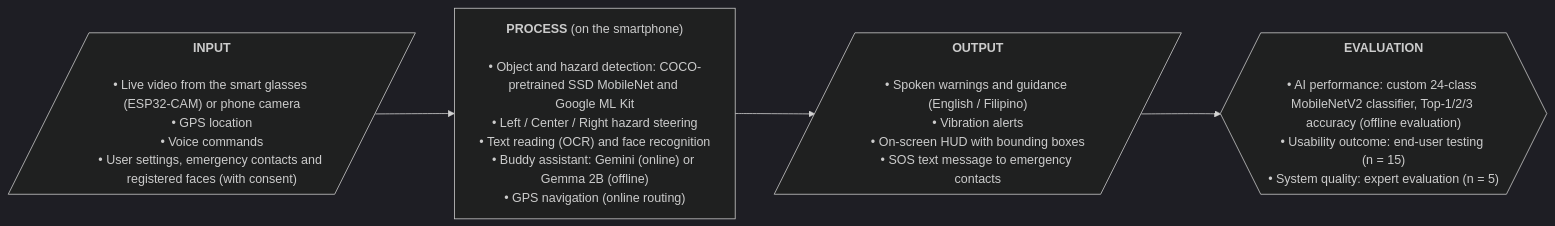
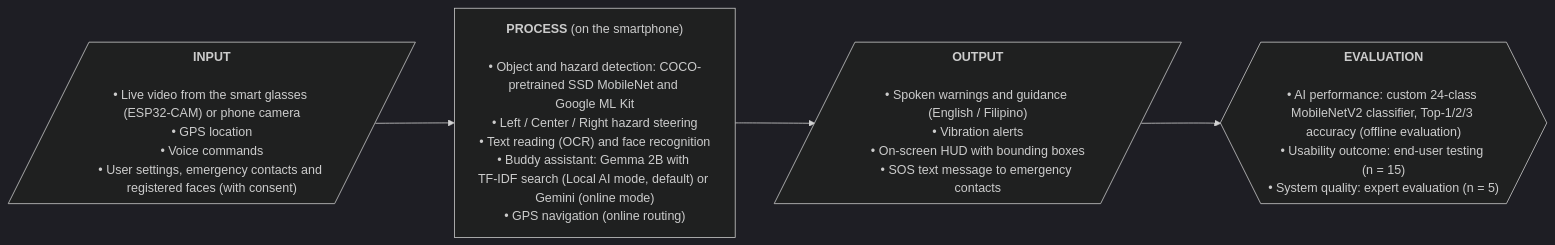
One commit to ciellamher/easylens changed the second of 4 diagrams in docs/architecture/conceptual_framework.md. Above: the diagram before and after it, drawn with Mermaid (dark theme). The commit also changed 4 other files, not shown here.

First line of the commit message:
docs(figures): Buddy mode wording in Figure 2.1; drop results from Method figures

````diff
--- a/docs/architecture/conceptual_framework.md
+++ b/docs/architecture/conceptual_framework.md
@@ -50,13 +50,13 @@
 ```mermaid
 %%{init: {"flowchart": {"wrappingWidth": 300}}}%%
 flowchart LR
     INPUT[/"<b>INPUT</b><br/><br/>• Live video from the smart glasses (ESP32-CAM) or phone camera<br/>• GPS location<br/>• Voice commands<br/>• User settings, emergency contacts and registered faces (with consent)"/]
 
-    PROCESS["<b>PROCESS</b> (on the smartphone)<br/><br/>• Object and hazard detection: COCO-pretrained SSD&nbsp;MobileNet and Google&nbsp;ML&nbsp;Kit<br/>• Left / Center / Right hazard steering<br/>• Text reading (OCR) and face recognition<br/>• Buddy assistant: Gemini (online) or Gemma 2B (offline)<br/>• GPS navigation (online routing)"]
+    PROCESS["<b>PROCESS</b> (on the smartphone)<br/><br/>• Object and hazard detection: COCO-pretrained SSD&nbsp;MobileNet and Google&nbsp;ML&nbsp;Kit<br/>• Left / Center / Right hazard steering<br/>• Text reading (OCR) and face recognition<br/>• Buddy assistant: Gemma 2B with TF‑IDF search (Local AI mode, default) or Gemini (online mode)<br/>• GPS navigation (online routing)"]
 
     OUTPUT[/"<b>OUTPUT</b><br/><br/>• Spoken warnings and guidance (English&nbsp;/&nbsp;Filipino)<br/>• Vibration alerts<br/>• On-screen HUD with bounding boxes<br/>• SOS text message to emergency contacts"/]
 
     EVAL{{"<b>EVALUATION</b><br/><br/>• AI performance: custom 24-class MobileNetV2 classifier, Top-1/2/3 accuracy (offline evaluation)<br/>• Usability outcome: end-user testing (n&nbsp;=&nbsp;15)<br/>• System quality: expert evaluation (n&nbsp;=&nbsp;5)"}}
 
     INPUT --> PROCESS --> OUTPUT --> EVAL
 ```
````
